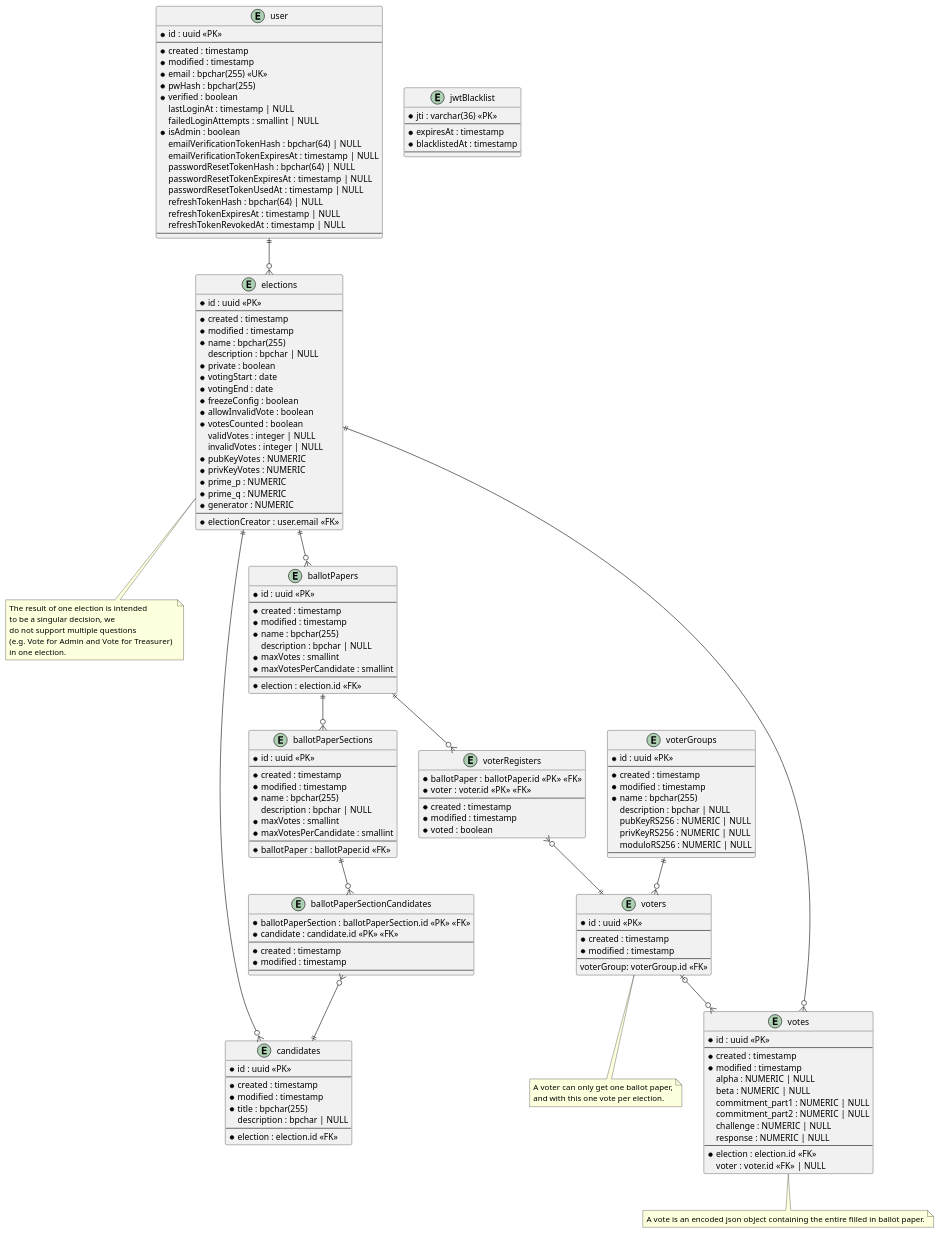
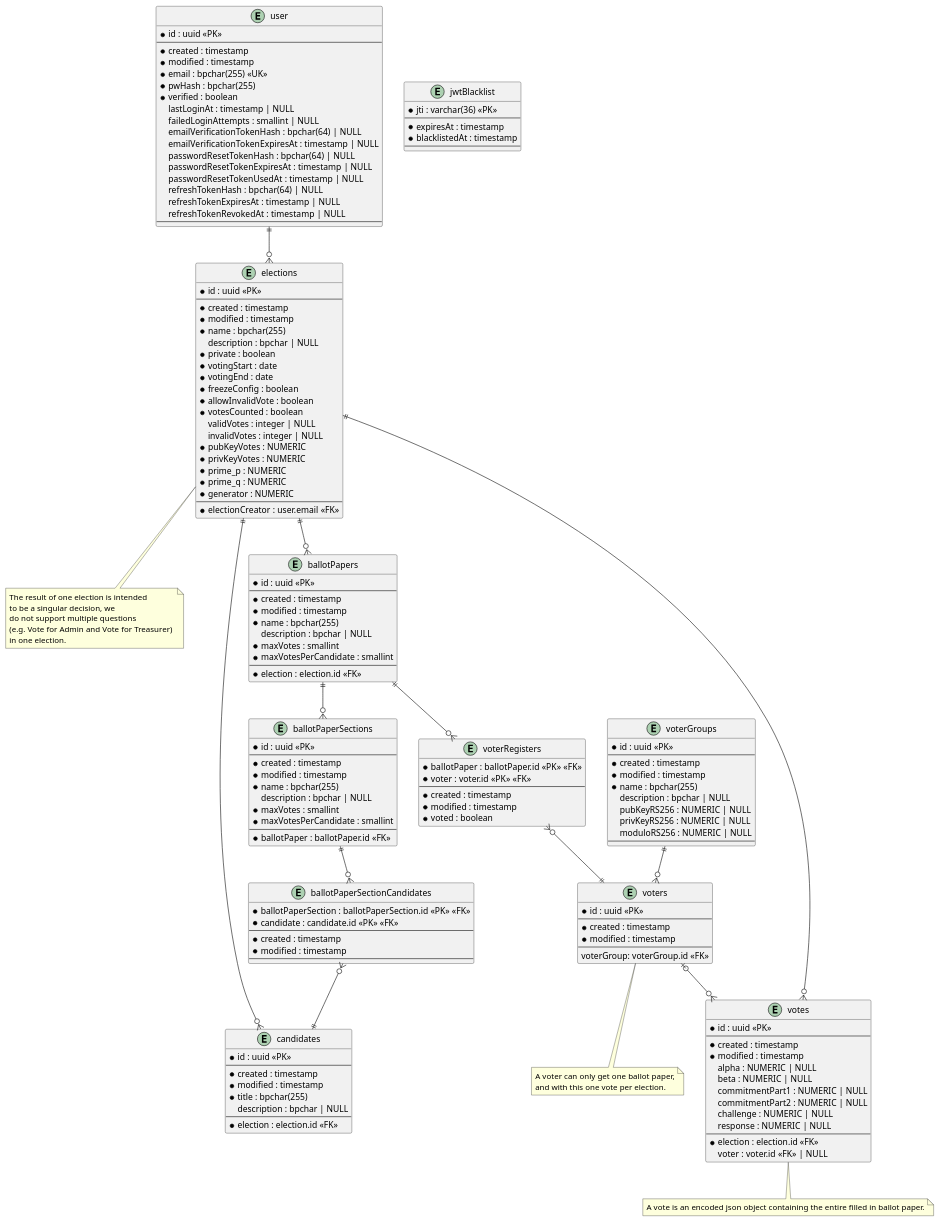
Before and after one commit to SE-UUlm/votura: the diagram in apps/docs/static/uml/dataModel.puml, drawn with PlantUML. The commit also changed 1 other file, not shown here.

```diff
--- a/apps/docs/static/uml/dataModel.puml
+++ b/apps/docs/static/uml/dataModel.puml
@@ -1,192 +1,193 @@
 @startuml dataModel
 
 entity "user" as user {
     * id : uuid <<PK>>
     --
     * created : timestamp
     * modified : timestamp
     * email : bpchar(255) <<UK>>
     * pwHash : bpchar(255)
     * verified : boolean
     lastLoginAt : timestamp | NULL
+    ' failed login attemtps get reset on successful login
     failedLoginAttempts : smallint | NULL
-    * isAdmin : boolean
+    '* isAdmin : boolean
     emailVerificationTokenHash : bpchar(64) | NULL
     emailVerificationTokenExpiresAt : timestamp | NULL
     passwordResetTokenHash : bpchar(64) | NULL
     passwordResetTokenExpiresAt : timestamp | NULL
     passwordResetTokenUsedAt : timestamp | NULL
     refreshTokenHash : bpchar(64) | NULL
     refreshTokenExpiresAt : timestamp | NULL
     refreshTokenRevokedAt : timestamp | NULL
     --
 }
 
 entity "jwtBlacklist" as jwtBlacklist {
     ' this table is used to store blacklisted access tokens
     ' The jti is 36 characters long if we use UUIDv4
     * jti : varchar(36) <<PK>>
     --
     * expiresAt : timestamp
     * blacklistedAt : timestamp
     --
 }
 
 
 
 entity "elections" as elections {
     * id : uuid <<PK>>
     --
     * created : timestamp
     * modified : timestamp
     * name : bpchar(255)
     description : bpchar | NULL
     * private : boolean
     * votingStart : date
     * votingEnd : date
     * freezeConfig : boolean
     * allowInvalidVote : boolean
     * votesCounted : boolean
     ' Computed values such as validVotes and invalidVotes are critical - do we really want to store them?
     validVotes : integer | NULL
     invalidVotes : integer | NULL
     * pubKeyVotes : NUMERIC
     * privKeyVotes : NUMERIC
     * prime_p : NUMERIC 
     * prime_q : NUMERIC
     * generator : NUMERIC
     --
     * electionCreator : user.email <<FK>>
 }
 
 note as N2
 The result of one election is intended 
 to be a singular decision, we 
 do not support multiple questions 
 (e.g. Vote for Admin and Vote for Treasurer) 
 in one election.
 end note
 
 entity "ballotPapers" as ballotPapers {
     * id : uuid <<PK>>
     --
     * created : timestamp
     * modified : timestamp
     * name : bpchar(255)
     description : bpchar | NULL
     * maxVotes : smallint
     * maxVotesPerCandidate : smallint
     --
     * election : election.id <<FK>>
 }
 
 entity "ballotPaperSections" as ballotPaperSections {
     * id : uuid <<PK>>
     --
     * created : timestamp
     * modified : timestamp
     * name : bpchar(255)
     description : bpchar | NULL
     * maxVotes : smallint
     * maxVotesPerCandidate : smallint
     --
     * ballotPaper : ballotPaper.id <<FK>>
 }
 ' note as C_2
 ' If at least two ballotPaperSections are created for one ballotPaper, 
 ' the name field of the ballotPaperSections is mandatory.
 ' end note
 
 entity "ballotPaperSectionCandidates" as ballotPaperSectionCandidates {
     * ballotPaperSection : ballotPaperSection.id <<PK>> <<FK>>
     * candidate : candidate.id <<PK>> <<FK>>
     --
     * created : timestamp
     * modified : timestamp
     --
 }
 
 entity "candidates" as candidates {
     * id : uuid <<PK>>
     --
     * created : timestamp
     * modified : timestamp
     * title : bpchar(255)
     description : bpchar | NULL
     --
     * election : election.id <<FK>>
 }
 
 entity "votes" as votes {
     * id : uuid <<PK>>
     --
     * created : timestamp
     * modified : timestamp
     alpha : NUMERIC | NULL
     beta : NUMERIC | NULL
-    commitment_part1 : NUMERIC | NULL
-    commitment_part2 : NUMERIC | NULL
+    commitmentPart1 : NUMERIC | NULL
+    commitmentPart2 : NUMERIC | NULL
     challenge : NUMERIC | NULL
     response : NUMERIC | NULL
     --
     * election : election.id <<FK>>
     ' if the vote isn't secret, voter can be saved
     voter : voter.id <<FK>> | NULL
 }
 note as N4
 A vote is an encoded json object containing the entire filled in ballot paper.
 end note
 
 entity "voterRegisters" as voterRegisters {
     * ballotPaper : ballotPaper.id <<PK>> <<FK>>
     * voter : voter.id <<PK>> <<FK>>
     --
     * created : timestamp
     * modified : timestamp
     * voted : boolean
 }
 
 entity "voters" as voters {
     * id : uuid <<PK>>
     --
     * created : timestamp
     * modified : timestamp
     --
     voterGroup: voterGroup.id <<FK>>
 }
 note as N3
 A voter can only get one ballot paper,
 and with this one vote per election.
 end note
 
 entity "voterGroups" as voterGroups {
     * id : uuid <<PK>>
     --
     * created : timestamp
     * modified : timestamp
     * name : bpchar(255)
     description : bpchar | NULL
     pubKeyRS256 : NUMERIC | NULL
     privKeyRS256 : NUMERIC | NULL
     moduloRS256 : NUMERIC | NULL
     --
 }
 
 user ||--o{ elections
 elections ||--o{ ballotPapers
 elections -- N2
 elections ||--o{ candidates
 ballotPapers ||--o{ voterRegisters
 voterRegisters }o--|| voters
 ballotPapers ||--o{ ballotPaperSections
 ' ballotPaperSections -- C_2
 ballotPaperSections ||--o{ ballotPaperSectionCandidates
 ballotPaperSectionCandidates }o--|| candidates
 votes }o--|| elections
 voters |o--o{ votes
 voterGroups ||--o{ voters
 voters -- N3
 votes -- N4
 
 
 @enduml
```
